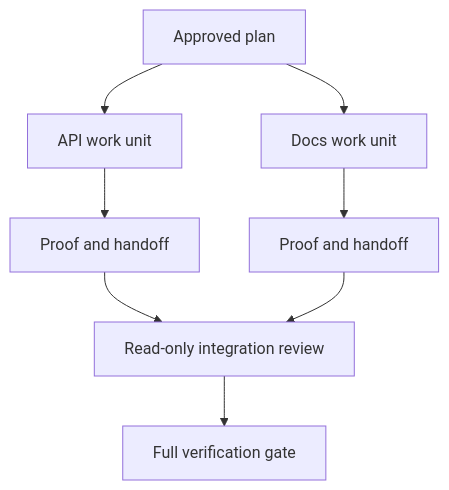
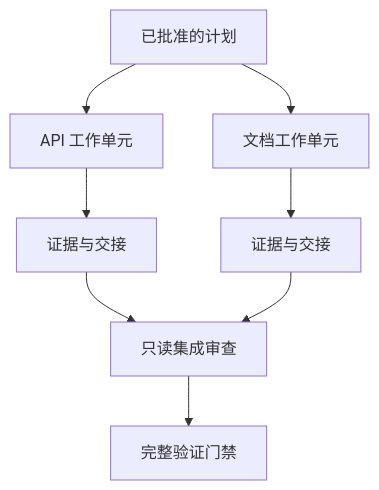
One commit to fancyboi999/ai-engineering-from-scratch-zh changed the diagram in phases/14-agent-engineering/45-delegate-with-isolation/docs/zh.md. Above: the diagram before and after it, drawn with Mermaid. The commit also changed 35 other files, not shown here.

````diff
--- a/phases/14-agent-engineering/45-delegate-with-isolation/docs/zh.md
+++ b/phases/14-agent-engineering/45-delegate-with-isolation/docs/zh.md
@@ -51,10 +51,10 @@
 ```mermaid
 flowchart TD
-  P[Approved plan] --> A[API work unit]
-  P --> D[Docs work unit]
-  A --> H1[Proof and handoff]
-  D --> H2[Proof and handoff]
-  H1 --> R[Read-only integration review]
+  P[已批准的计划] --> A[API 工作单元]
+  P --> D[文档工作单元]
+  A --> H1[证据与交接]
+  D --> H2[证据与交接]
+  H1 --> R[只读集成审查]
   H2 --> R
-  R --> G[Full verification gate]
+  R --> G[完整验证门禁]
 ```
````
